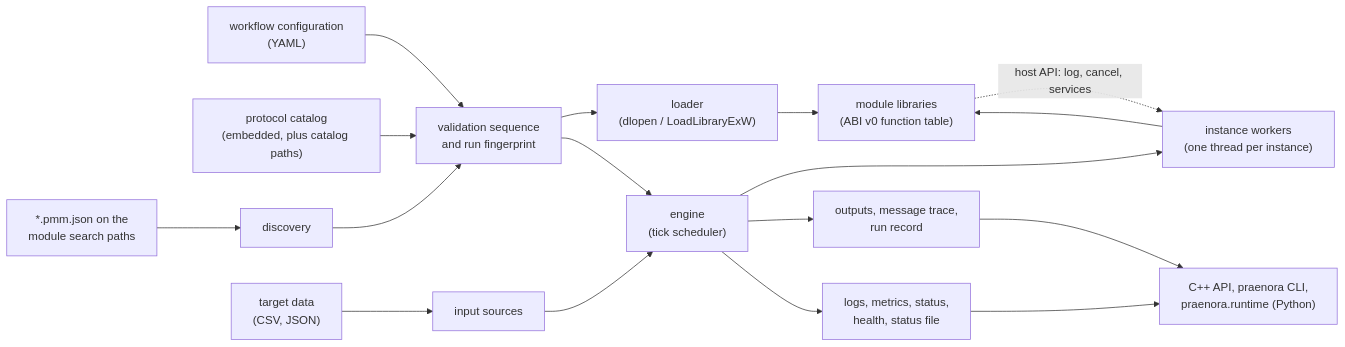
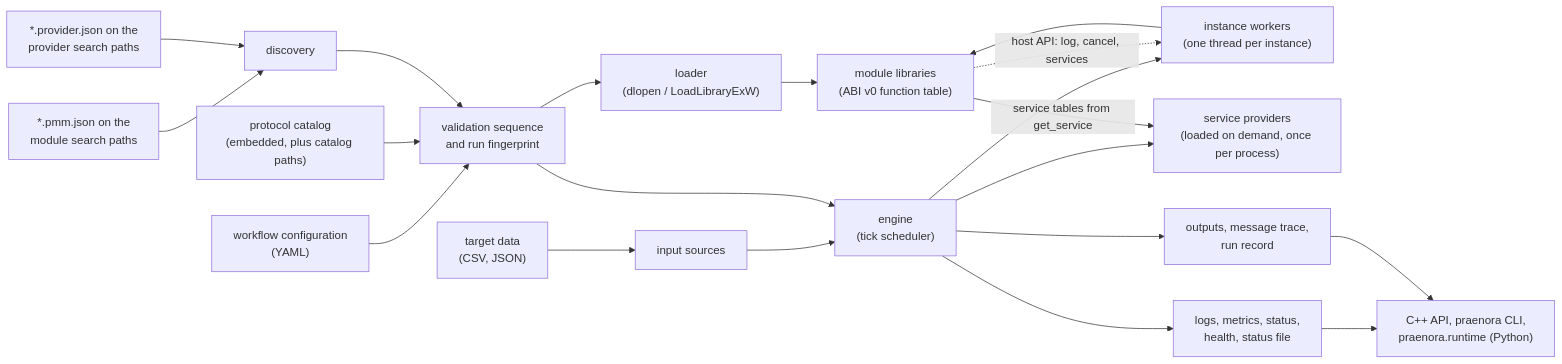
Before and after one commit to INFLECT-Praenora/praenora-runtime: the first of 5 diagrams in docs/architecture.md, drawn with Mermaid. The commit also changed other lines of this file and 287 other files, not shown here.

````diff
--- a/docs/architecture.md
+++ b/docs/architecture.md
@@ -32,19 +38,22 @@
 ```mermaid
 flowchart LR
     config["workflow configuration<br/>(YAML)"] --> validation
     catalog["protocol catalog<br/>(embedded, plus catalog paths)"] --> validation
     manifests["*.pmm.json on the<br/>module search paths"] --> discovery
+    providermanifests["*.provider.json on the<br/>provider search paths"] --> discovery
     discovery --> validation
     validation["validation sequence<br/>and run fingerprint"] --> loader
     loader["loader<br/>(dlopen / LoadLibraryExW)"] --> libraries["module libraries<br/>(ABI v0 function table)"]
     data["target data<br/>(CSV, JSON)"] --> sources["input sources"]
     sources --> engine["engine<br/>(tick scheduler)"]
     validation --> engine
     engine --> workers["instance workers<br/>(one thread per instance)"]
     workers --> libraries
     libraries -.->|"host API: log, cancel, services"| workers
+    engine --> providers["service providers<br/>(loaded on demand, once per process)"]
+    libraries -->|"service tables from get_service"| providers
     engine --> files["outputs, message trace,<br/>run record"]
     engine --> observability["logs, metrics, status,<br/>health, status file"]
     observability --> surfaces["C++ API, praenora CLI,<br/>praenora.runtime (Python)"]
     files --> surfaces
 ```
````
